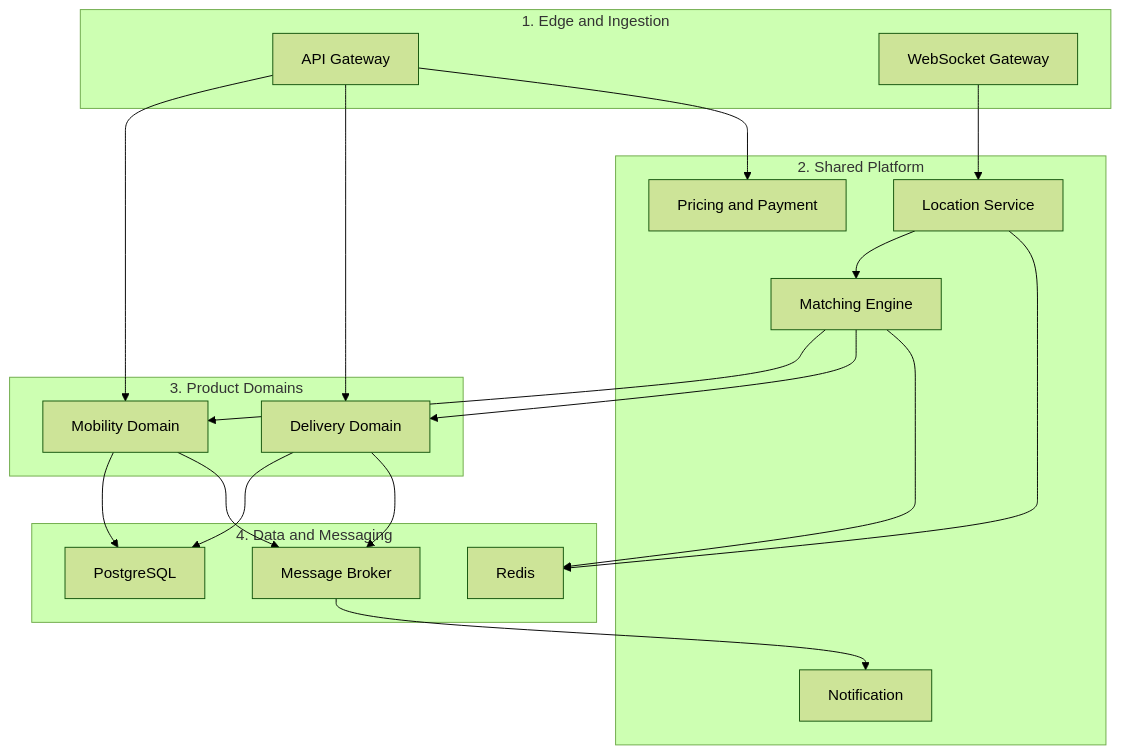
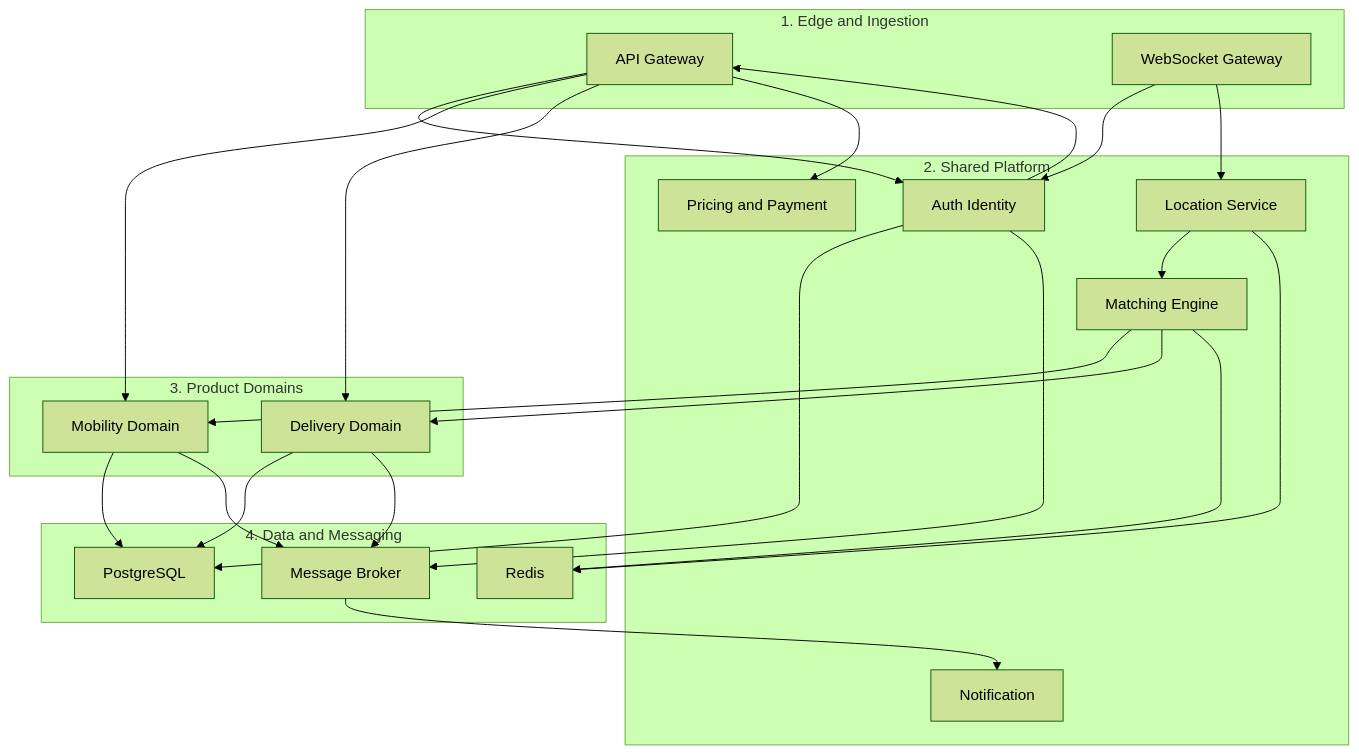
One commit to mostafiz57/Software-Architecture-Playbook changed the third of 16 diagrams in case-studies/mobility-delivery-platform/README.md. Above: the diagram before and after it, drawn with Mermaid (forest theme). The commit also changed other lines of this file, not shown here.

Commit message:
added auth platfrom

````diff
--- a/case-studies/mobility-delivery-platform/README.md
+++ b/case-studies/mobility-delivery-platform/README.md
@@ -141,40 +156,46 @@
 ```mermaid
 flowchart TB
   subgraph L1["1. Edge and Ingestion"]
     GW["API Gateway"]
     WSG["WebSocket Gateway"]
   end
 
   subgraph L2["2. Shared Platform"]
+    Auth["Auth Identity"]
     Loc["Location Service"]
     ME["Matching Engine"]
     PP["Pricing and Payment"]
     Ntf["Notification"]
   end
 
   subgraph L3["3. Product Domains"]
     Mob["Mobility Domain"]
     Del["Delivery Domain"]
   end
 
   subgraph L4["4. Data and Messaging"]
     PG["PostgreSQL"]
     RD["Redis"]
     MQ["Message Broker"]
   end
 
+  GW --> Auth
+  WSG --> Auth
+  Auth --> GW
   GW --> Mob
   GW --> Del
   GW --> PP
   WSG --> Loc
   Loc --> ME
   ME --> Mob
   ME --> Del
+  Auth --> PG
   Mob --> PG
   Del --> PG
   Loc --> RD
   ME --> RD
+  Auth --> MQ
   Mob --> MQ
   Del --> MQ
   MQ --> Ntf
 ```
````
